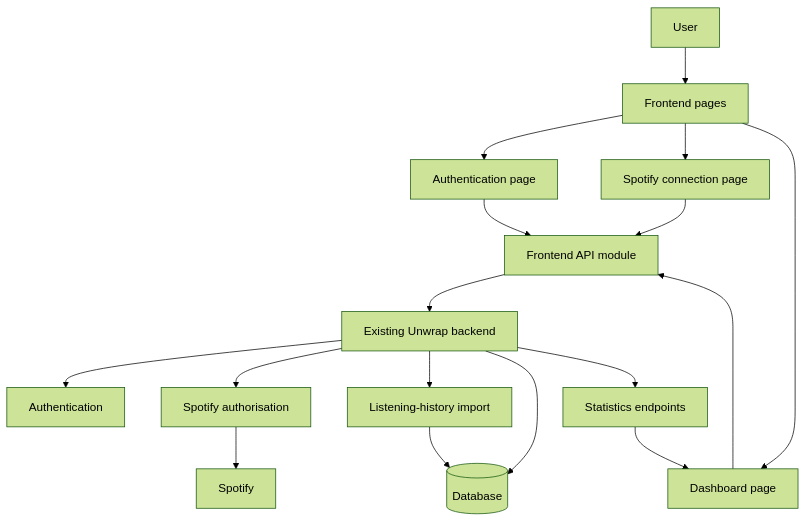
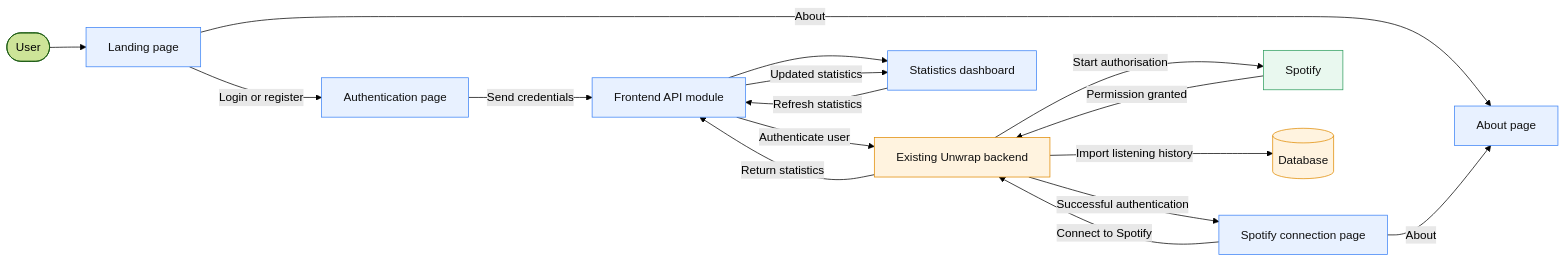
One commit to AlexD2006-dev/Unwrap-frontend changed the diagram in docs/technical-documentation.md. Above: the diagram before and after it, drawn with Mermaid (forest theme). The commit also changed other lines of this file, not shown here.

Commit message:
Improve architecture diagram

````diff
--- a/docs/technical-documentation.md
+++ b/docs/technical-documentation.md
@@ -166,24 +167,32 @@
 ```mermaid
-flowchart TD
-    U[User] --> F[Frontend pages]
+flowchart LR
+    U([User]) --> L[Landing page]
 
-    F --> A[Authentication page]
-    F --> C[Spotify connection page]
-    F --> D[Dashboard page]
+    L -->|About| A[About page]
+    L -->|Login or register| AU[Authentication page]
 
-    A --> API[Frontend API module]
-    C --> API
-    D --> API
+    AU -->|Send credentials| API[Frontend API module]
+    API -->|Authenticate user| B[Existing Unwrap backend]
+    B -->|Successful authentication| C[Spotify connection page]
 
-    API --> B[Existing Unwrap backend]
+    C -->|About| A
+    C -->|Connect to Spotify| B
 
-    B --> AUTH[Authentication]
-    B --> OAUTH[Spotify authorisation]
-    B --> IMPORT[Listening-history import]
-    B --> DB[(Database)]
-    B --> STATS[Statistics endpoints]
+    B -->|Start authorisation| S[Spotify]
+    S -->|Permission granted| B
 
-    OAUTH --> S[Spotify]
-    IMPORT --> DB
-    STATS --> D
+    B -->|Import listening history| DB[(Database)]
+    B -->|Return statistics| API
+    API --> D[Statistics dashboard]
+
+    D -->|Refresh statistics| API
+    API -->|Updated statistics| D
+
+    classDef frontend fill:#e8f1ff,stroke:#3b82f6,color:#111
+    classDef backend fill:#fff3df,stroke:#e08a00,color:#111
+    classDef external fill:#e9f8ef,stroke:#2f9e5f,color:#111
+
+    class L,A,AU,C,D,API frontend
+    class B,DB backend
+    class S external
 ```
````
